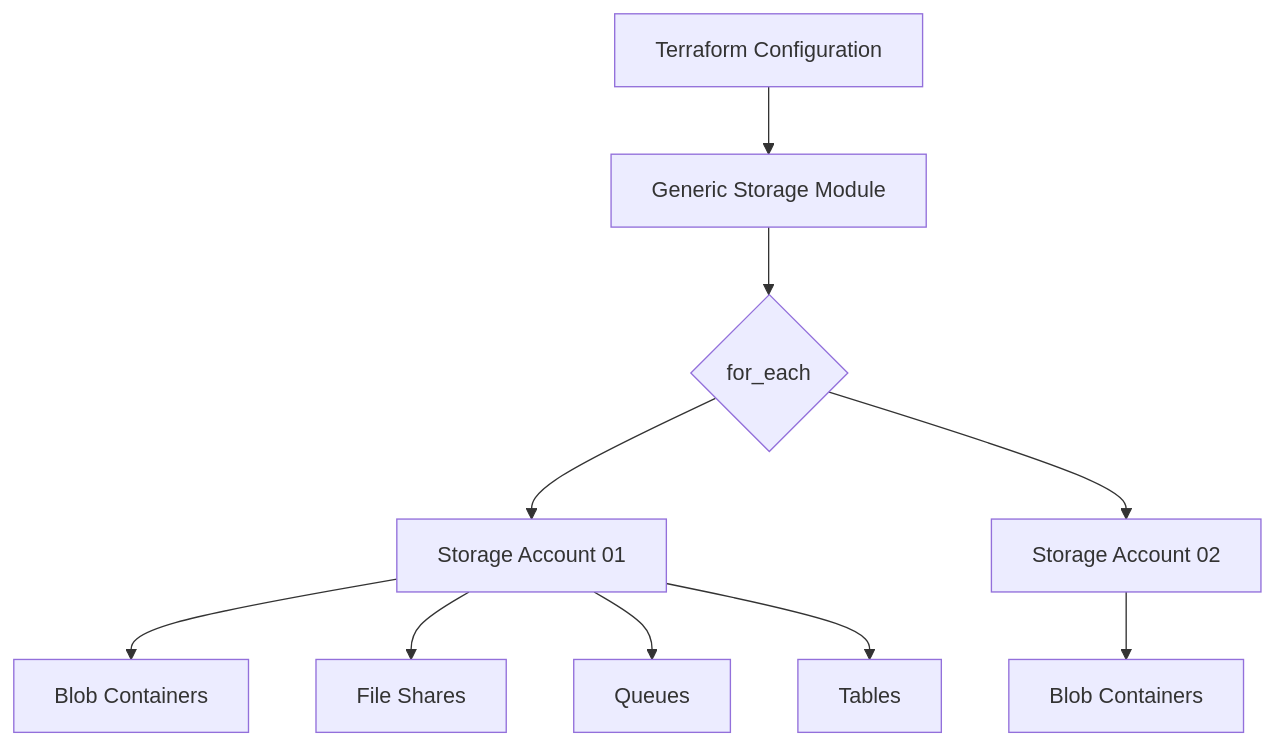
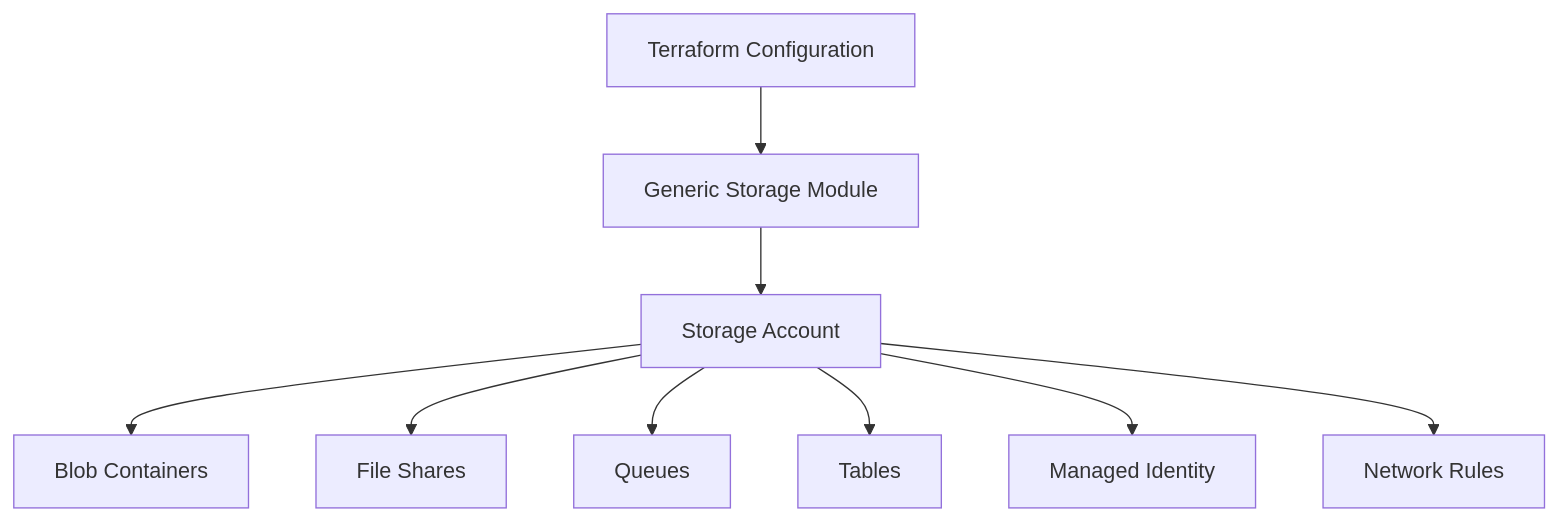
One commit to Pjaisw1103/Storage_Account changed the diagram in README.md. Above: the diagram before and after it, drawn with Mermaid. The commit also changed other lines of this file, not shown here.

````diff
--- a/README.md
+++ b/README.md
@@ -17,14 +36,16 @@
 ```mermaid
-graph TD
-    A[Terraform Configuration] --> B[Generic Storage Module]
-    B --> C{for_each}
-    C --> D[Storage Account 01]
-    C --> E[Storage Account 02]
-    
-    D --> D1[Blob Containers]
-    D --> D2[File Shares]
-    D --> D3[Queues]
-    D --> D4[Tables]
-    
-    E --> E1[Blob Containers]
+flowchart TD
+
+A[Terraform Configuration]
+--> B[Generic Storage Module]
+
+B --> C[Storage Account]
+
+C --> D[Blob Containers]
+C --> E[File Shares]
+C --> F[Queues]
+C --> G[Tables]
+
+C --> H[Managed Identity]
+C --> I[Network Rules]
 ```
````
